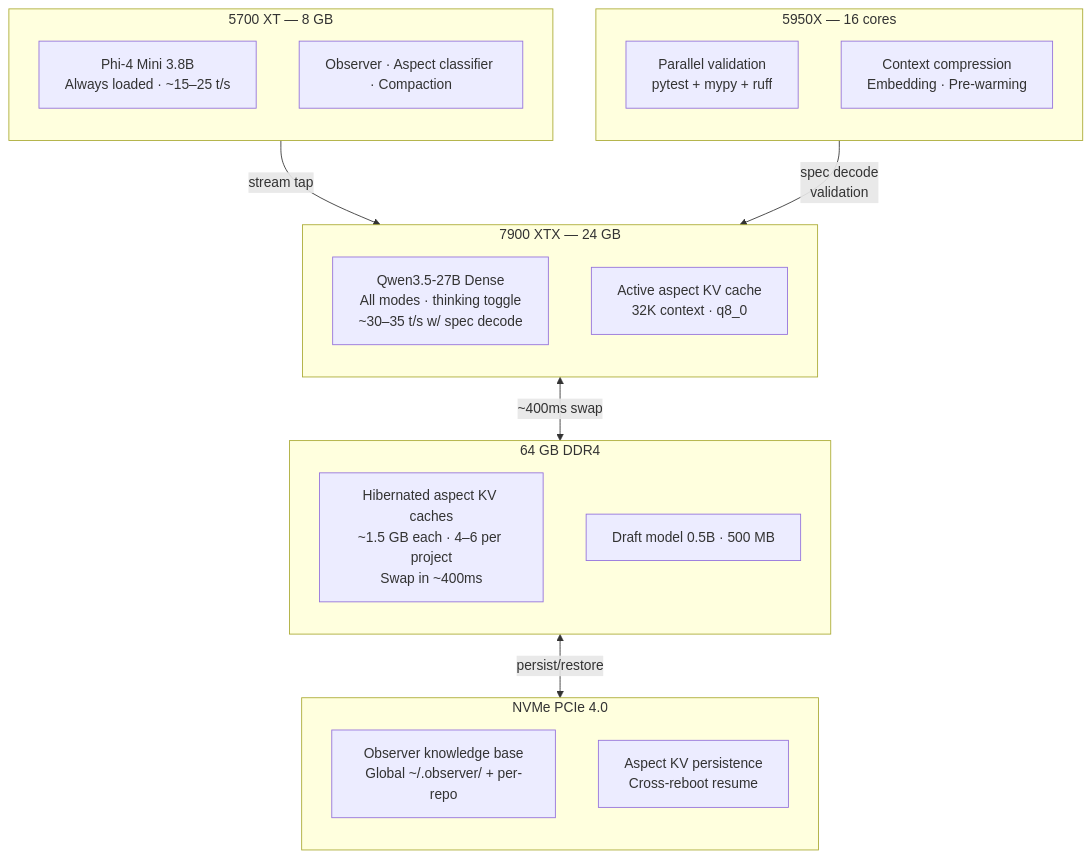
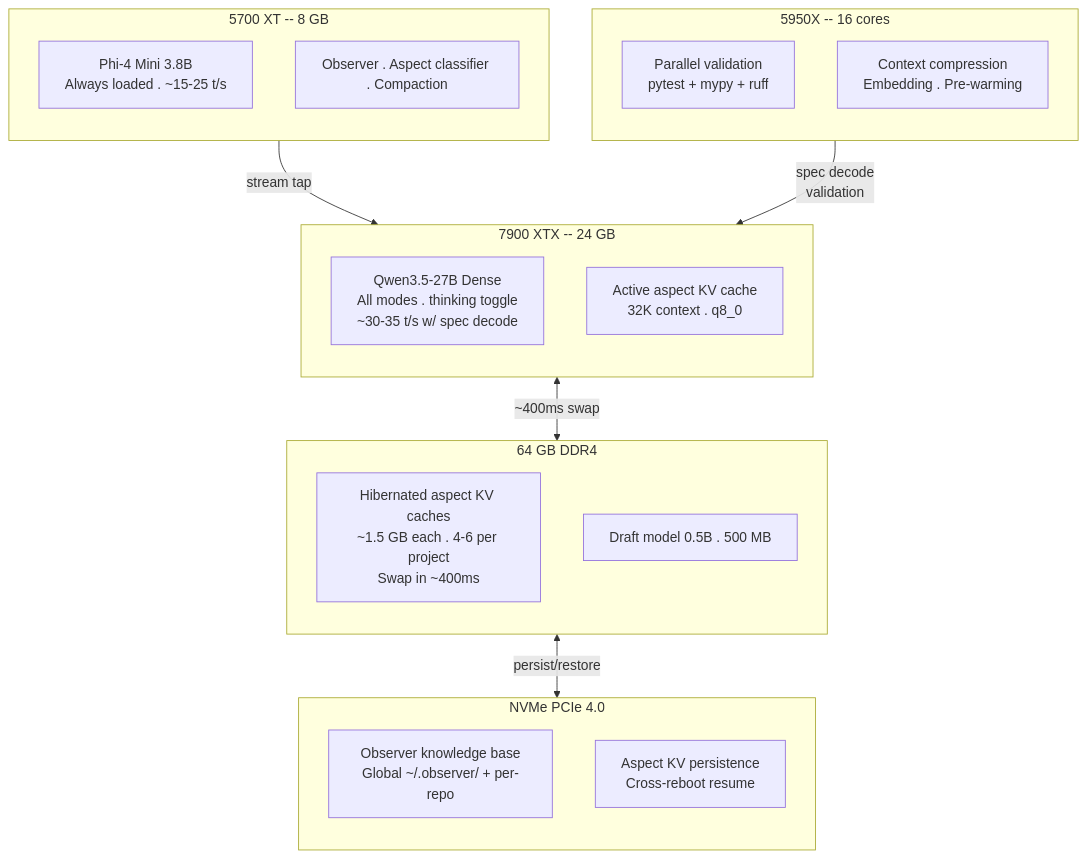
One commit to JoshWrites/2gpu-local-ai-workstation changed the first of 7 diagrams in docs/reference-guide.md. Above: the diagram before and after it, drawn with Mermaid. The commit also changed other lines of this file and 73 other files, not shown here.

````diff
--- a/docs/reference-guide.md
+++ b/docs/reference-guide.md
@@ -43,37 +43,37 @@
 ```mermaid
 graph TB
-    subgraph GPU1["7900 XTX — 24 GB"]
+    subgraph GPU1["7900 XTX -- 24 GB"]
         direction TB
-        MODEL["Qwen3.5-27B Dense\nAll modes · thinking toggle\n~30–35 t/s w/ spec decode"]
-        ASPECT_ACTIVE["Active aspect KV cache\n32K context · q8_0"]
+        MODEL["Qwen3.5-27B Dense\nAll modes . thinking toggle\n~30-35 t/s w/ spec decode"]
+        ASPECT_ACTIVE["Active aspect KV cache\n32K context . q8_0"]
     end
 
-    subgraph GPU2["5700 XT — 8 GB"]
+    subgraph GPU2["5700 XT -- 8 GB"]
         direction TB
-        PHI["Phi-4 Mini 3.8B\nAlways loaded · ~15–25 t/s"]
-        ROLES["Observer · Aspect classifier · Compaction"]
+        PHI["Phi-4 Mini 3.8B\nAlways loaded . ~15-25 t/s"]
+        ROLES["Observer . Aspect classifier . Compaction"]
     end
 
     subgraph RAM["64 GB DDR4"]
         direction TB
-        HIBERNATE["Hibernated aspect KV caches\n~1.5 GB each · 4–6 per project\nSwap in ~400ms"]
-        DRAFT["Draft model 0.5B · 500 MB"]
+        HIBERNATE["Hibernated aspect KV caches\n~1.5 GB each . 4-6 per project\nSwap in ~400ms"]
+        DRAFT["Draft model 0.5B . 500 MB"]
     end
 
-    subgraph CPU["5950X — 16 cores"]
+    subgraph CPU["5950X -- 16 cores"]
         direction TB
         VALIDATE["Parallel validation\npytest + mypy + ruff"]
-        COMPRESS["Context compression\nEmbedding · Pre-warming"]
+        COMPRESS["Context compression\nEmbedding . Pre-warming"]
     end
 
     subgraph NVME["NVMe PCIe 4.0"]
         direction TB
         OBSERVER_STORE["Observer knowledge base\nGlobal ~/.observer/ + per-repo"]
         KV_PERSIST["Aspect KV persistence\nCross-reboot resume"]
     end
 
     GPU2 -->|"stream tap"| GPU1
     GPU1 <-->|"~400ms swap"| RAM
     CPU -->|"spec decode\nvalidation"| GPU1
     RAM <-->|"persist/restore"| NVME
 ```
````
